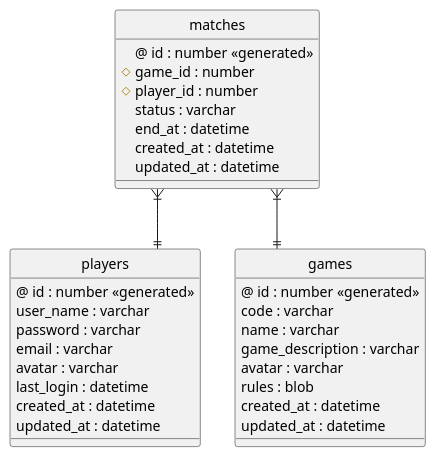
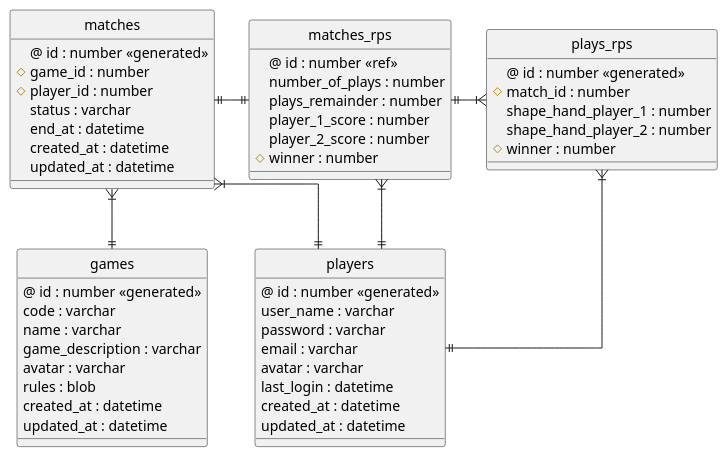
One commit to moliva177/myFirstSpringApiRest changed the diagram in docs/diagrams/model/der.puml. Above: the diagram before and after it, drawn with PlantUML. The commit also changed 10 other files, not shown here.

```diff
--- a/docs/diagrams/model/der.puml
+++ b/docs/diagrams/model/der.puml
@@ -1,44 +1,65 @@
 @startuml
 
 ' hide the spot
 hide circle
 
 ' avoid problems with angled crows feet
 skinparam linetype ortho
 
 entity "players"{
     @ id : number <<generated>>
     user_name : varchar
     password : varchar
     email : varchar
     avatar : varchar
     last_login : datetime
     created_at : datetime
     updated_at : datetime
 }
 
 entity "games" {
     @ id : number <<generated>>
     code : varchar
     name : varchar
     game_description : varchar
     avatar : varchar
     rules : blob
     created_at : datetime
     updated_at : datetime
 }
 
 entity "matches" {
     @ id : number <<generated>>
     # game_id : number
     # player_id : number
     status : varchar
     end_at : datetime
     created_at : datetime
     updated_at : datetime
 }
 
+entity "matches_rps" {
+    @ id : number <<ref>>
+    number_of_plays : number
+    plays_remainder : number
+    player_1_score : number
+    player_2_score : number
+    # winner : number
+}
+
+entity "plays_rps" {
+    @ id : number <<generated>>
+    # match_id : number
+    shape_hand_player_1 : number
+    shape_hand_player_2 : number
+    # winner : number
+}
+
 "matches" }|--|| "players"
 "matches" }|--|| "games"
+"matches" ||-|| "matches_rps"
+"matches_rps" ||-|{ "plays_rps"
+"matches_rps" }|--|| "players"
+"plays_rps" }|--|| "players"
 
 @enduml
```
